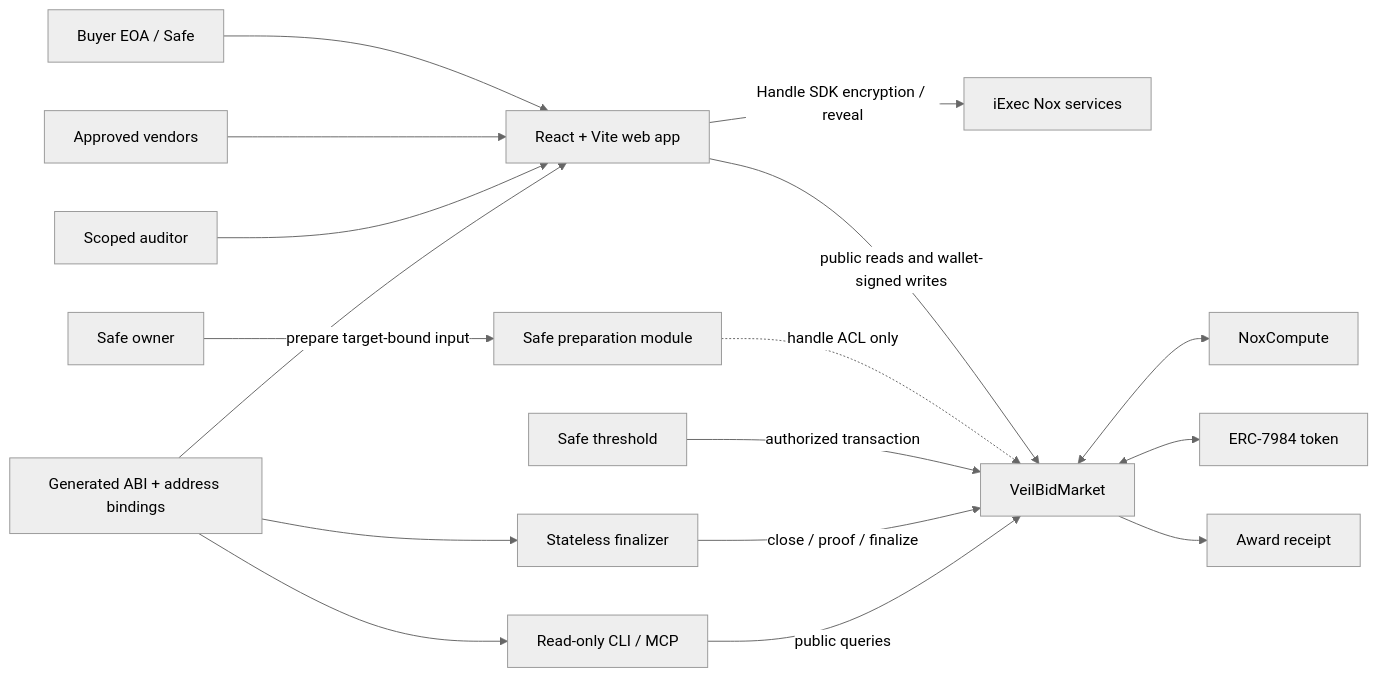
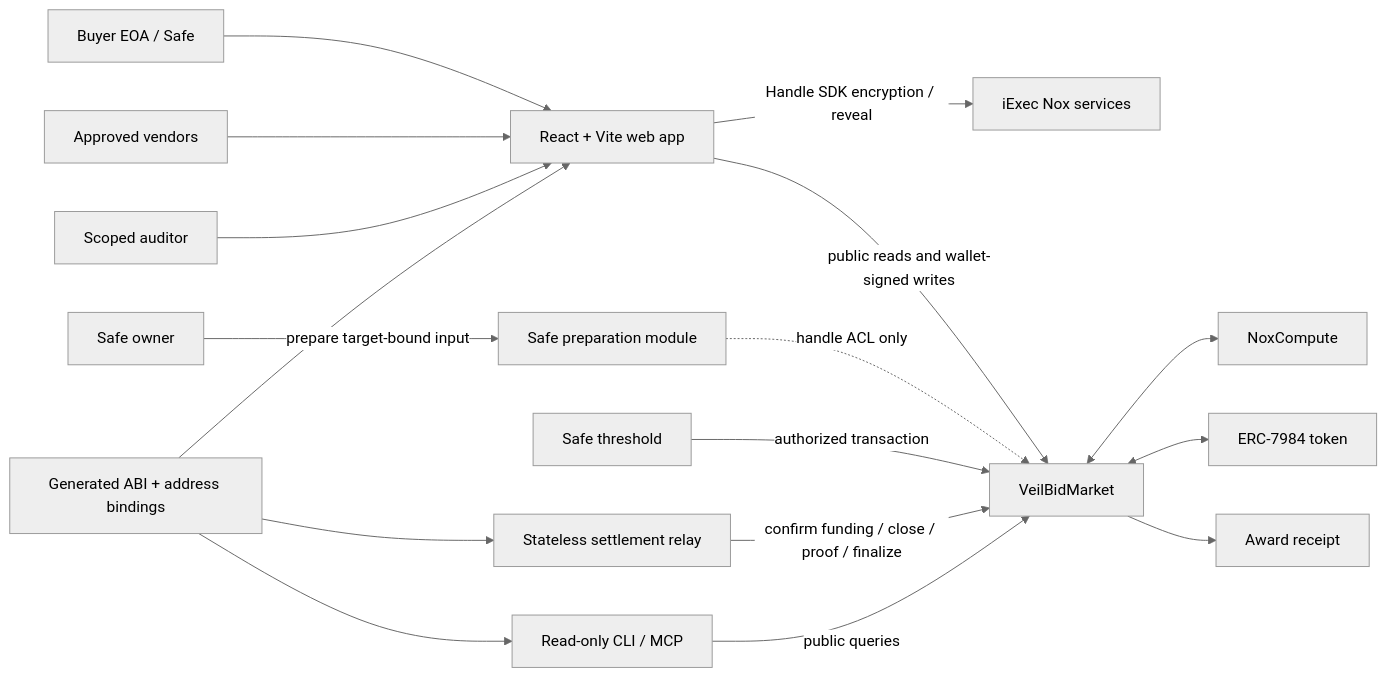
Before and after one commit to huutrungle2001/Veilbid: the second of 2 diagrams in README.md, drawn with Mermaid (neutral theme). The commit also changed other lines of this file and 8 other files, not shown here.

Commit message:
docs: document Safe Buyer and settlement relay

````diff
--- a/README.md
+++ b/README.md
@@ -161,23 +162,23 @@
 ```mermaid
 flowchart LR
     Buyer["Buyer EOA / Safe"] --> Web["React + Vite web app"]
     Vendor["Approved vendors"] --> Web
     Auditor["Scoped auditor"] --> Web
 
     Web -->|Handle SDK encryption / reveal| Nox["iExec Nox services"]
     Web -->|public reads and wallet-signed writes| Market["VeilBidMarket"]
 
     SafeOwner["Safe owner"] -->|prepare target-bound input| Module["Safe preparation module"]
     Module -.->|handle ACL only| Market
     Safe["Safe threshold"] -->|authorized transaction| Market
 
     Market <--> Compute["NoxCompute"]
     Market <--> Token["ERC-7984 token"]
     Market --> Receipt["Award receipt"]
 
-    Relay["Stateless finalizer"] -->|close / proof / finalize| Market
+    Relay["Stateless settlement relay"] -->|confirm funding / close / proof / finalize| Market
     Console["Read-only CLI / MCP"] -->|public queries| Market
     Bindings["Generated ABI + address bindings"] --> Web
     Bindings --> Relay
     Bindings --> Console
 ```
````
